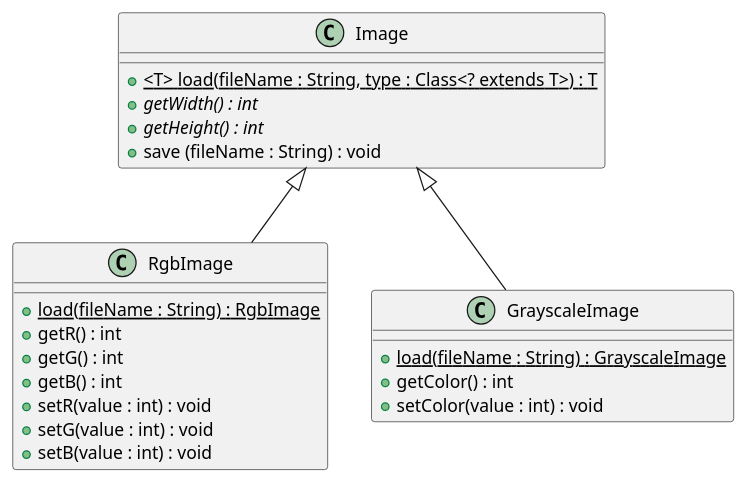
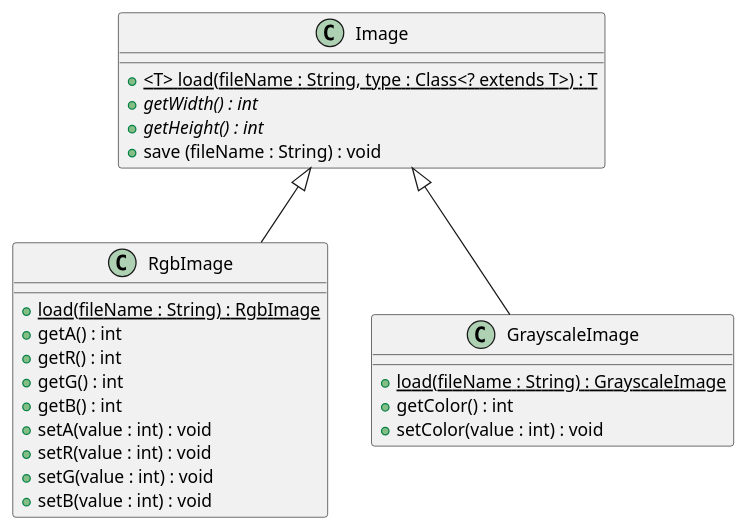
Before and after one commit to Engin1980/javaSimpleImage: the diagram in src/eng/simpleImage/SimpleImage.puml, drawn with PlantUML. The commit also changed 3 other files, not shown here.

```diff
--- a/src/eng/simpleImage/SimpleImage.puml
+++ b/src/eng/simpleImage/SimpleImage.puml
@@ -1,29 +1,31 @@
 @startuml
 
 class Image{
 + {static} <T> load(fileName : String, type : Class<? extends T>) : T
 + {abstract} getWidth() : int
 + {abstract} getHeight() : int
 + save (fileName : String) : void
 }
 
 class RgbImage{
 + {static} load(fileName : String) : RgbImage
++ getA() : int
 + getR() : int
 + getG() : int
 + getB() : int
++ setA(value : int) : void
 + setR(value : int) : void
 + setG(value : int) : void
 + setB(value : int) : void
 }
 
 class GrayscaleImage{
 + {static} load(fileName : String) : GrayscaleImage
 + getColor() : int
 + setColor(value : int) : void
 }
 
 Image <|-- RgbImage
 Image <|-- GrayscaleImage
 
 @enduml
```
